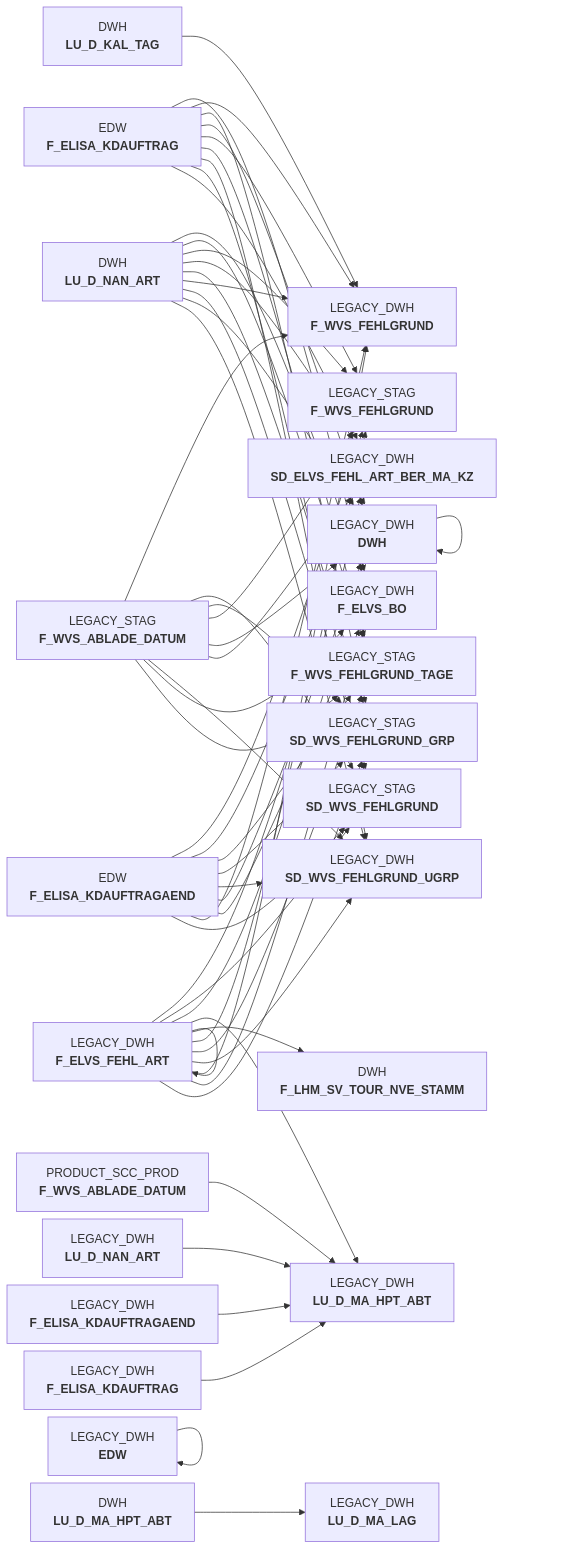
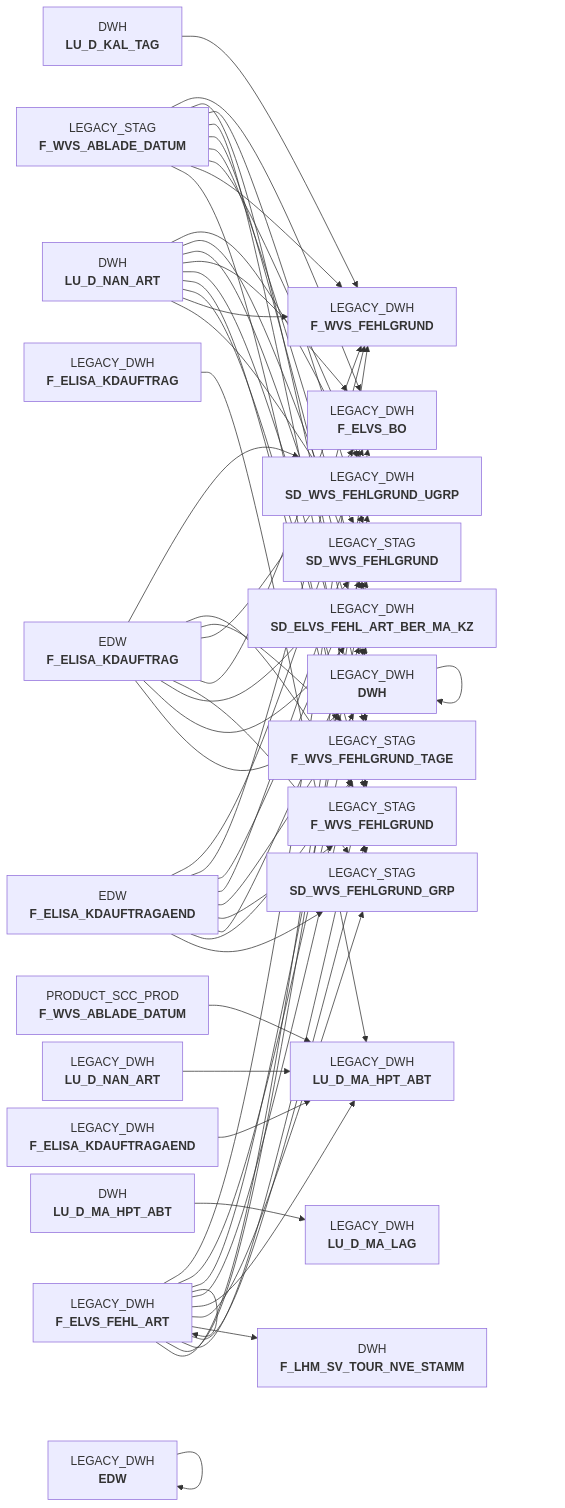
Before and after one commit to integration-factory-de/sas_code_docs: the diagram in docs/Applications/BDWH_SCCWVS/sccwvs_020_wvs_berechnen_elab.sas.md, drawn with Mermaid. The commit also changed other lines of this file and 129 other files, not shown here.

````diff
--- a/docs/Applications/BDWH_SCCWVS/sccwvs_020_wvs_berechnen_elab.sas.md
+++ b/docs/Applications/BDWH_SCCWVS/sccwvs_020_wvs_berechnen_elab.sas.md
@@ -11,6 +57,26 @@
 
 flowchart LR
 
+  LEGACY_STAG.F_WVS_ABLADE_DATUM["LEGACY_STAG<br/><b>F_WVS_ABLADE_DATUM</b>"] --> LEGACY_DWH.F_ELVS_BO["LEGACY_DWH<br/><b>F_ELVS_BO</b>"]
+  EDW.F_ELISA_KDAUFTRAGAEND["EDW<br/><b>F_ELISA_KDAUFTRAGAEND</b>"] --> LEGACY_DWH.F_ELVS_BO["LEGACY_DWH<br/><b>F_ELVS_BO</b>"]
+  EDW.F_ELISA_KDAUFTRAGAEND["EDW<br/><b>F_ELISA_KDAUFTRAGAEND</b>"] --> LEGACY_DWH.F_WVS_FEHLGRUND["LEGACY_DWH<br/><b>F_WVS_FEHLGRUND</b>"]
+  LEGACY_STAG.F_WVS_ABLADE_DATUM["LEGACY_STAG<br/><b>F_WVS_ABLADE_DATUM</b>"] --> LEGACY_STAG.F_WVS_FEHLGRUND_TAGE["LEGACY_STAG<br/><b>F_WVS_FEHLGRUND_TAGE</b>"]
+  EDW.F_ELISA_KDAUFTRAGAEND["EDW<br/><b>F_ELISA_KDAUFTRAGAEND</b>"] --> LEGACY_STAG.SD_WVS_FEHLGRUND["LEGACY_STAG<br/><b>SD_WVS_FEHLGRUND</b>"]
+  DWH.LU_D_NAN_ART["DWH<br/><b>LU_D_NAN_ART</b>"] --> LEGACY_DWH.SD_WVS_FEHLGRUND_UGRP["LEGACY_DWH<br/><b>SD_WVS_FEHLGRUND_UGRP</b>"]
+  LEGACY_DWH.F_ELISA_KDAUFTRAG["LEGACY_DWH<br/><b>F_ELISA_KDAUFTRAG</b>"] --> LEGACY_DWH.LU_D_MA_HPT_ABT["LEGACY_DWH<br/><b>LU_D_MA_HPT_ABT</b>"]
+  LEGACY_STAG.F_WVS_ABLADE_DATUM["LEGACY_STAG<br/><b>F_WVS_ABLADE_DATUM</b>"] --> LEGACY_STAG.SD_WVS_FEHLGRUND["LEGACY_STAG<br/><b>SD_WVS_FEHLGRUND</b>"]
+  EDW.F_ELISA_KDAUFTRAG["EDW<br/><b>F_ELISA_KDAUFTRAG</b>"] --> LEGACY_DWH.SD_WVS_FEHLGRUND_UGRP["LEGACY_DWH<br/><b>SD_WVS_FEHLGRUND_UGRP</b>"]
+  DWH.LU_D_MA_HPT_ABT["DWH<br/><b>LU_D_MA_HPT_ABT</b>"] --> LEGACY_DWH.LU_D_MA_LAG["LEGACY_DWH<br/><b>LU_D_MA_LAG</b>"]
+  LEGACY_DWH.DWH["LEGACY_DWH<br/><b>DWH</b>"] --> LEGACY_DWH.DWH["LEGACY_DWH<br/><b>DWH</b>"]
+  LEGACY_DWH.EDW["LEGACY_DWH<br/><b>EDW</b>"] --> LEGACY_DWH.EDW["LEGACY_DWH<br/><b>EDW</b>"]
+  EDW.F_ELISA_KDAUFTRAG["EDW<br/><b>F_ELISA_KDAUFTRAG</b>"] --> LEGACY_STAG.F_WVS_FEHLGRUND["LEGACY_STAG<br/><b>F_WVS_FEHLGRUND</b>"]
+  LEGACY_DWH.F_ELVS_FEHL_ART["LEGACY_DWH<br/><b>F_ELVS_FEHL_ART</b>"] --> LEGACY_DWH.F_WVS_FEHLGRUND["LEGACY_DWH<br/><b>F_WVS_FEHLGRUND</b>"]
+  EDW.F_ELISA_KDAUFTRAG["EDW<br/><b>F_ELISA_KDAUFTRAG</b>"] --> LEGACY_STAG.F_WVS_FEHLGRUND_TAGE["LEGACY_STAG<br/><b>F_WVS_FEHLGRUND_TAGE</b>"]
+  DWH.LU_D_NAN_ART["DWH<br/><b>LU_D_NAN_ART</b>"] --> LEGACY_DWH.SD_ELVS_FEHL_ART_BER_MA_KZ["LEGACY_DWH<br/><b>SD_ELVS_FEHL_ART_BER_MA_KZ</b>"]
+  PRODUCT_SCC_PROD.F_WVS_ABLADE_DATUM["PRODUCT_SCC_PROD<br/><b>F_WVS_ABLADE_DATUM</b>"] --> LEGACY_DWH.LU_D_MA_HPT_ABT["LEGACY_DWH<br/><b>LU_D_MA_HPT_ABT</b>"]
+  LEGACY_STAG.F_WVS_ABLADE_DATUM["LEGACY_STAG<br/><b>F_WVS_ABLADE_DATUM</b>"] --> LEGACY_STAG.F_WVS_FEHLGRUND["LEGACY_STAG<br/><b>F_WVS_FEHLGRUND</b>"]
+  DWH.LU_D_NAN_ART["DWH<br/><b>LU_D_NAN_ART</b>"] --> LEGACY_DWH.DWH["LEGACY_DWH<br/><b>DWH</b>"]
+  LEGACY_STAG.F_WVS_ABLADE_DATUM["LEGACY_STAG<br/><b>F_WVS_ABLADE_DATUM</b>"] --> LEGACY_DWH.DWH["LEGACY_DWH<br/><b>DWH</b>"]
   DWH.LU_D_NAN_ART["DWH<br/><b>LU_D_NAN_ART</b>"] --> LEGACY_DWH.F_ELVS_BO["LEGACY_DWH<br/><b>F_ELVS_BO</b>"]
   EDW.F_ELISA_KDAUFTRAG["EDW<br/><b>F_ELISA_KDAUFTRAG</b>"] --> LEGACY_DWH.F_ELVS_BO["LEGACY_DWH<br/><b>F_ELVS_BO</b>"]
   EDW.F_ELISA_KDAUFTRAG["EDW<br/><b>F_ELISA_KDAUFTRAG</b>"] --> LEGACY_DWH.F_WVS_FEHLGRUND["LEGACY_DWH<br/><b>F_WVS_FEHLGRUND</b>"]
@@ -20,6 +86,16 @@
   LEGACY_DWH.F_ELVS_FEHL_ART["LEGACY_DWH<br/><b>F_ELVS_FEHL_ART</b>"] --> LEGACY_STAG.SD_WVS_FEHLGRUND["LEGACY_STAG<br/><b>SD_WVS_FEHLGRUND</b>"]
   LEGACY_DWH.F_ELVS_FEHL_ART["LEGACY_DWH<br/><b>F_ELVS_FEHL_ART</b>"] --> LEGACY_DWH.DWH["LEGACY_DWH<br/><b>DWH</b>"]
   LEGACY_DWH.F_ELVS_FEHL_ART["LEGACY_DWH<br/><b>F_ELVS_FEHL_ART</b>"] --> LEGACY_DWH.LU_D_MA_HPT_ABT["LEGACY_DWH<br/><b>LU_D_MA_HPT_ABT</b>"]
+  DWH.LU_D_NAN_ART["DWH<br/><b>LU_D_NAN_ART</b>"] --> LEGACY_STAG.SD_WVS_FEHLGRUND_GRP["LEGACY_STAG<br/><b>SD_WVS_FEHLGRUND_GRP</b>"]
+  EDW.F_ELISA_KDAUFTRAG["EDW<br/><b>F_ELISA_KDAUFTRAG</b>"] --> LEGACY_STAG.SD_WVS_FEHLGRUND["LEGACY_STAG<br/><b>SD_WVS_FEHLGRUND</b>"]
+  LEGACY_DWH.LU_D_NAN_ART["LEGACY_DWH<br/><b>LU_D_NAN_ART</b>"] --> LEGACY_DWH.LU_D_MA_HPT_ABT["LEGACY_DWH<br/><b>LU_D_MA_HPT_ABT</b>"]
+  LEGACY_STAG.F_WVS_ABLADE_DATUM["LEGACY_STAG<br/><b>F_WVS_ABLADE_DATUM</b>"] --> LEGACY_DWH.SD_ELVS_FEHL_ART_BER_MA_KZ["LEGACY_DWH<br/><b>SD_ELVS_FEHL_ART_BER_MA_KZ</b>"]
+  EDW.F_ELISA_KDAUFTRAG["EDW<br/><b>F_ELISA_KDAUFTRAG</b>"] --> LEGACY_DWH.SD_ELVS_FEHL_ART_BER_MA_KZ["LEGACY_DWH<br/><b>SD_ELVS_FEHL_ART_BER_MA_KZ</b>"]
+  LEGACY_DWH.F_ELVS_FEHL_ART["LEGACY_DWH<br/><b>F_ELVS_FEHL_ART</b>"] --> LEGACY_STAG.SD_WVS_FEHLGRUND_GRP["LEGACY_STAG<br/><b>SD_WVS_FEHLGRUND_GRP</b>"]
+  DWH.LU_D_KAL_TAG["DWH<br/><b>LU_D_KAL_TAG</b>"] --> LEGACY_DWH.F_WVS_FEHLGRUND["LEGACY_DWH<br/><b>F_WVS_FEHLGRUND</b>"]
+  LEGACY_STAG.F_WVS_ABLADE_DATUM["LEGACY_STAG<br/><b>F_WVS_ABLADE_DATUM</b>"] --> LEGACY_DWH.SD_WVS_FEHLGRUND_UGRP["LEGACY_DWH<br/><b>SD_WVS_FEHLGRUND_UGRP</b>"]
+  EDW.F_ELISA_KDAUFTRAGAEND["EDW<br/><b>F_ELISA_KDAUFTRAGAEND</b>"] --> LEGACY_DWH.SD_WVS_FEHLGRUND_UGRP["LEGACY_DWH<br/><b>SD_WVS_FEHLGRUND_UGRP</b>"]
+  EDW.F_ELISA_KDAUFTRAGAEND["EDW<br/><b>F_ELISA_KDAUFTRAGAEND</b>"] --> LEGACY_DWH.DWH["LEGACY_DWH<br/><b>DWH</b>"]
   LEGACY_DWH.F_ELVS_FEHL_ART["LEGACY_DWH<br/><b>F_ELVS_FEHL_ART</b>"] --> DWH.F_LHM_SV_TOUR_NVE_STAMM["DWH<br/><b>F_LHM_SV_TOUR_NVE_STAMM</b>"]
   LEGACY_DWH.F_ELVS_FEHL_ART["LEGACY_DWH<br/><b>F_ELVS_FEHL_ART</b>"] --> LEGACY_STAG.F_WVS_FEHLGRUND["LEGACY_STAG<br/><b>F_WVS_FEHLGRUND</b>"]
   DWH.LU_D_NAN_ART["DWH<br/><b>LU_D_NAN_ART</b>"] --> LEGACY_STAG.F_WVS_FEHLGRUND["LEGACY_STAG<br/><b>F_WVS_FEHLGRUND</b>"]
@@ -29,19 +105,6 @@
   EDW.F_ELISA_KDAUFTRAGAEND["EDW<br/><b>F_ELISA_KDAUFTRAGAEND</b>"] --> LEGACY_DWH.SD_ELVS_FEHL_ART_BER_MA_KZ["LEGACY_DWH<br/><b>SD_ELVS_FEHL_ART_BER_MA_KZ</b>"]
   LEGACY_DWH.F_ELVS_FEHL_ART["LEGACY_DWH<br/><b>F_ELVS_FEHL_ART</b>"] --> LEGACY_DWH.SD_WVS_FEHLGRUND_UGRP["LEGACY_DWH<br/><b>SD_WVS_FEHLGRUND_UGRP</b>"]
   EDW.F_ELISA_KDAUFTRAG["EDW<br/><b>F_ELISA_KDAUFTRAG</b>"] --> LEGACY_DWH.DWH["LEGACY_DWH<br/><b>DWH</b>"]
-  DWH.LU_D_MA_HPT_ABT["DWH<br/><b>LU_D_MA_HPT_ABT</b>"] --> LEGACY_DWH.LU_D_MA_LAG["LEGACY_DWH<br/><b>LU_D_MA_LAG</b>"]
-  LEGACY_DWH.DWH["LEGACY_DWH<br/><b>DWH</b>"] --> LEGACY_DWH.DWH["LEGACY_DWH<br/><b>DWH</b>"]
-  LEGACY_DWH.EDW["LEGACY_DWH<br/><b>EDW</b>"] --> LEGACY_DWH.EDW["LEGACY_DWH<br/><b>EDW</b>"]
-  EDW.F_ELISA_KDAUFTRAG["EDW<br/><b>F_ELISA_KDAUFTRAG</b>"] --> LEGACY_STAG.F_WVS_FEHLGRUND["LEGACY_STAG<br/><b>F_WVS_FEHLGRUND</b>"]
-  LEGACY_DWH.F_ELVS_FEHL_ART["LEGACY_DWH<br/><b>F_ELVS_FEHL_ART</b>"] --> LEGACY_DWH.F_WVS_FEHLGRUND["LEGACY_DWH<br/><b>F_WVS_FEHLGRUND</b>"]
-  EDW.F_ELISA_KDAUFTRAG["EDW<br/><b>F_ELISA_KDAUFTRAG</b>"] --> LEGACY_STAG.F_WVS_FEHLGRUND_TAGE["LEGACY_STAG<br/><b>F_WVS_FEHLGRUND_TAGE</b>"]
-  DWH.LU_D_NAN_ART["DWH<br/><b>LU_D_NAN_ART</b>"] --> LEGACY_DWH.SD_ELVS_FEHL_ART_BER_MA_KZ["LEGACY_DWH<br/><b>SD_ELVS_FEHL_ART_BER_MA_KZ</b>"]
-  LEGACY_STAG.F_WVS_ABLADE_DATUM["LEGACY_STAG<br/><b>F_WVS_ABLADE_DATUM</b>"] --> LEGACY_STAG.SD_WVS_FEHLGRUND["LEGACY_STAG<br/><b>SD_WVS_FEHLGRUND</b>"]
-  EDW.F_ELISA_KDAUFTRAG["EDW<br/><b>F_ELISA_KDAUFTRAG</b>"] --> LEGACY_DWH.SD_WVS_FEHLGRUND_UGRP["LEGACY_DWH<br/><b>SD_WVS_FEHLGRUND_UGRP</b>"]
-  PRODUCT_SCC_PROD.F_WVS_ABLADE_DATUM["PRODUCT_SCC_PROD<br/><b>F_WVS_ABLADE_DATUM</b>"] --> LEGACY_DWH.LU_D_MA_HPT_ABT["LEGACY_DWH<br/><b>LU_D_MA_HPT_ABT</b>"]
-  DWH.LU_D_NAN_ART["DWH<br/><b>LU_D_NAN_ART</b>"] --> LEGACY_STAG.SD_WVS_FEHLGRUND_GRP["LEGACY_STAG<br/><b>SD_WVS_FEHLGRUND_GRP</b>"]
-  EDW.F_ELISA_KDAUFTRAG["EDW<br/><b>F_ELISA_KDAUFTRAG</b>"] --> LEGACY_STAG.SD_WVS_FEHLGRUND["LEGACY_STAG<br/><b>SD_WVS_FEHLGRUND</b>"]
-  LEGACY_DWH.LU_D_NAN_ART["LEGACY_DWH<br/><b>LU_D_NAN_ART</b>"] --> LEGACY_DWH.LU_D_MA_HPT_ABT["LEGACY_DWH<br/><b>LU_D_MA_HPT_ABT</b>"]
   LEGACY_DWH.F_ELISA_KDAUFTRAGAEND["LEGACY_DWH<br/><b>F_ELISA_KDAUFTRAGAEND</b>"] --> LEGACY_DWH.LU_D_MA_HPT_ABT["LEGACY_DWH<br/><b>LU_D_MA_HPT_ABT</b>"]
   LEGACY_DWH.F_ELVS_FEHL_ART["LEGACY_DWH<br/><b>F_ELVS_FEHL_ART</b>"] --> LEGACY_DWH.F_ELVS_BO["LEGACY_DWH<br/><b>F_ELVS_BO</b>"]
   DWH.LU_D_NAN_ART["DWH<br/><b>LU_D_NAN_ART</b>"] --> LEGACY_DWH.F_WVS_FEHLGRUND["LEGACY_DWH<br/><b>F_WVS_FEHLGRUND</b>"]
@@ -50,48 +113,31 @@
   EDW.F_ELISA_KDAUFTRAGAEND["EDW<br/><b>F_ELISA_KDAUFTRAGAEND</b>"] --> LEGACY_STAG.SD_WVS_FEHLGRUND_GRP["LEGACY_STAG<br/><b>SD_WVS_FEHLGRUND_GRP</b>"]
   DWH.LU_D_NAN_ART["DWH<br/><b>LU_D_NAN_ART</b>"] --> LEGACY_STAG.SD_WVS_FEHLGRUND["LEGACY_STAG<br/><b>SD_WVS_FEHLGRUND</b>"]
   LEGACY_DWH.F_ELVS_FEHL_ART["LEGACY_DWH<br/><b>F_ELVS_FEHL_ART</b>"] --> LEGACY_DWH.F_ELVS_FEHL_ART["LEGACY_DWH<br/><b>F_ELVS_FEHL_ART</b>"]
-  LEGACY_STAG.F_WVS_ABLADE_DATUM["LEGACY_STAG<br/><b>F_WVS_ABLADE_DATUM</b>"] --> LEGACY_STAG.F_WVS_FEHLGRUND["LEGACY_STAG<br/><b>F_WVS_FEHLGRUND</b>"]
-  DWH.LU_D_NAN_ART["DWH<br/><b>LU_D_NAN_ART</b>"] --> LEGACY_DWH.DWH["LEGACY_DWH<br/><b>DWH</b>"]
-  LEGACY_STAG.F_WVS_ABLADE_DATUM["LEGACY_STAG<br/><b>F_WVS_ABLADE_DATUM</b>"] --> LEGACY_DWH.DWH["LEGACY_DWH<br/><b>DWH</b>"]
-  LEGACY_STAG.F_WVS_ABLADE_DATUM["LEGACY_STAG<br/><b>F_WVS_ABLADE_DATUM</b>"] --> LEGACY_DWH.SD_ELVS_FEHL_ART_BER_MA_KZ["LEGACY_DWH<br/><b>SD_ELVS_FEHL_ART_BER_MA_KZ</b>"]
-  EDW.F_ELISA_KDAUFTRAG["EDW<br/><b>F_ELISA_KDAUFTRAG</b>"] --> LEGACY_DWH.SD_ELVS_FEHL_ART_BER_MA_KZ["LEGACY_DWH<br/><b>SD_ELVS_FEHL_ART_BER_MA_KZ</b>"]
-  LEGACY_DWH.F_ELVS_FEHL_ART["LEGACY_DWH<br/><b>F_ELVS_FEHL_ART</b>"] --> LEGACY_STAG.SD_WVS_FEHLGRUND_GRP["LEGACY_STAG<br/><b>SD_WVS_FEHLGRUND_GRP</b>"]
-  DWH.LU_D_KAL_TAG["DWH<br/><b>LU_D_KAL_TAG</b>"] --> LEGACY_DWH.F_WVS_FEHLGRUND["LEGACY_DWH<br/><b>F_WVS_FEHLGRUND</b>"]
-  LEGACY_STAG.F_WVS_ABLADE_DATUM["LEGACY_STAG<br/><b>F_WVS_ABLADE_DATUM</b>"] --> LEGACY_DWH.SD_WVS_FEHLGRUND_UGRP["LEGACY_DWH<br/><b>SD_WVS_FEHLGRUND_UGRP</b>"]
-  EDW.F_ELISA_KDAUFTRAGAEND["EDW<br/><b>F_ELISA_KDAUFTRAGAEND</b>"] --> LEGACY_DWH.SD_WVS_FEHLGRUND_UGRP["LEGACY_DWH<br/><b>SD_WVS_FEHLGRUND_UGRP</b>"]
-  EDW.F_ELISA_KDAUFTRAGAEND["EDW<br/><b>F_ELISA_KDAUFTRAGAEND</b>"] --> LEGACY_DWH.DWH["LEGACY_DWH<br/><b>DWH</b>"]
-  LEGACY_STAG.F_WVS_ABLADE_DATUM["LEGACY_STAG<br/><b>F_WVS_ABLADE_DATUM</b>"] --> LEGACY_DWH.F_ELVS_BO["LEGACY_DWH<br/><b>F_ELVS_BO</b>"]
-  EDW.F_ELISA_KDAUFTRAGAEND["EDW<br/><b>F_ELISA_KDAUFTRAGAEND</b>"] --> LEGACY_DWH.F_ELVS_BO["LEGACY_DWH<br/><b>F_ELVS_BO</b>"]
-  EDW.F_ELISA_KDAUFTRAGAEND["EDW<br/><b>F_ELISA_KDAUFTRAGAEND</b>"] --> LEGACY_DWH.F_WVS_FEHLGRUND["LEGACY_DWH<br/><b>F_WVS_FEHLGRUND</b>"]
-  LEGACY_STAG.F_WVS_ABLADE_DATUM["LEGACY_STAG<br/><b>F_WVS_ABLADE_DATUM</b>"] --> LEGACY_STAG.F_WVS_FEHLGRUND_TAGE["LEGACY_STAG<br/><b>F_WVS_FEHLGRUND_TAGE</b>"]
-  EDW.F_ELISA_KDAUFTRAGAEND["EDW<br/><b>F_ELISA_KDAUFTRAGAEND</b>"] --> LEGACY_STAG.SD_WVS_FEHLGRUND["LEGACY_STAG<br/><b>SD_WVS_FEHLGRUND</b>"]
-  DWH.LU_D_NAN_ART["DWH<br/><b>LU_D_NAN_ART</b>"] --> LEGACY_DWH.SD_WVS_FEHLGRUND_UGRP["LEGACY_DWH<br/><b>SD_WVS_FEHLGRUND_UGRP</b>"]
-  LEGACY_DWH.F_ELISA_KDAUFTRAG["LEGACY_DWH<br/><b>F_ELISA_KDAUFTRAG</b>"] --> LEGACY_DWH.LU_D_MA_HPT_ABT["LEGACY_DWH<br/><b>LU_D_MA_HPT_ABT</b>"]
+  click LEGACY_STAG.F_WVS_ABLADE_DATUM "../../tables/LEGACY_STAG/F_WVS_ABLADE_DATUM"
+  click EDW.F_ELISA_KDAUFTRAGAEND "../../tables/EDW/F_ELISA_KDAUFTRAGAEND"
   click DWH.LU_D_NAN_ART "../../tables/DWH/LU_D_NAN_ART"
+  click LEGACY_DWH.F_ELISA_KDAUFTRAG "../../tables/LEGACY_DWH/F_ELISA_KDAUFTRAG"
   click EDW.F_ELISA_KDAUFTRAG "../../tables/EDW/F_ELISA_KDAUFTRAG"
-  click LEGACY_DWH.F_ELVS_FEHL_ART "../../tables/LEGACY_DWH/F_ELVS_FEHL_ART"
-  click EDW.F_ELISA_KDAUFTRAGAEND "../../tables/EDW/F_ELISA_KDAUFTRAGAEND"
-  click LEGACY_STAG.F_WVS_ABLADE_DATUM "../../tables/LEGACY_STAG/F_WVS_ABLADE_DATUM"
   click DWH.LU_D_MA_HPT_ABT "../../tables/DWH/LU_D_MA_HPT_ABT"
   click LEGACY_DWH.DWH "../../tables/LEGACY_DWH/DWH"
   click LEGACY_DWH.EDW "../../tables/LEGACY_DWH/EDW"
+  click LEGACY_DWH.F_ELVS_FEHL_ART "../../tables/LEGACY_DWH/F_ELVS_FEHL_ART"
   click PRODUCT_SCC_PROD.F_WVS_ABLADE_DATUM "../../tables/PRODUCT_SCC_PROD/F_WVS_ABLADE_DATUM"
   click LEGACY_DWH.LU_D_NAN_ART "../../tables/LEGACY_DWH/LU_D_NAN_ART"
+  click DWH.LU_D_KAL_TAG "../../tables/DWH/LU_D_KAL_TAG"
   click LEGACY_DWH.F_ELISA_KDAUFTRAGAEND "../../tables/LEGACY_DWH/F_ELISA_KDAUFTRAGAEND"
-  click DWH.LU_D_KAL_TAG "../../tables/DWH/LU_D_KAL_TAG"
-  click LEGACY_DWH.F_ELISA_KDAUFTRAG "../../tables/LEGACY_DWH/F_ELISA_KDAUFTRAG"
   click LEGACY_DWH.F_ELVS_BO "../../tables/LEGACY_DWH/F_ELVS_BO"
   click LEGACY_DWH.F_WVS_FEHLGRUND "../../tables/LEGACY_DWH/F_WVS_FEHLGRUND"
   click LEGACY_STAG.F_WVS_FEHLGRUND_TAGE "../../tables/LEGACY_STAG/F_WVS_FEHLGRUND_TAGE"
+  click LEGACY_STAG.SD_WVS_FEHLGRUND "../../tables/LEGACY_STAG/SD_WVS_FEHLGRUND"
+  click LEGACY_DWH.SD_WVS_FEHLGRUND_UGRP "../../tables/LEGACY_DWH/SD_WVS_FEHLGRUND_UGRP"
+  click LEGACY_DWH.LU_D_MA_HPT_ABT "../../tables/LEGACY_DWH/LU_D_MA_HPT_ABT"
+  click LEGACY_DWH.LU_D_MA_LAG "../../tables/LEGACY_DWH/LU_D_MA_LAG"
+  click LEGACY_DWH.DWH "../../tables/LEGACY_DWH/DWH"
+  click LEGACY_DWH.EDW "../../tables/LEGACY_DWH/EDW"
+  click LEGACY_STAG.F_WVS_FEHLGRUND "../../tables/LEGACY_STAG/F_WVS_FEHLGRUND"
   click LEGACY_DWH.SD_ELVS_FEHL_ART_BER_MA_KZ "../../tables/LEGACY_DWH/SD_ELVS_FEHL_ART_BER_MA_KZ"
   click LEGACY_STAG.SD_WVS_FEHLGRUND_GRP "../../tables/LEGACY_STAG/SD_WVS_FEHLGRUND_GRP"
-  click LEGACY_STAG.SD_WVS_FEHLGRUND "../../tables/LEGACY_STAG/SD_WVS_FEHLGRUND"
-  click LEGACY_DWH.DWH "../../tables/LEGACY_DWH/DWH"
-  click LEGACY_DWH.LU_D_MA_HPT_ABT "../../tables/LEGACY_DWH/LU_D_MA_HPT_ABT"
   click DWH.F_LHM_SV_TOUR_NVE_STAMM "../../tables/DWH/F_LHM_SV_TOUR_NVE_STAMM"
-  click LEGACY_STAG.F_WVS_FEHLGRUND "../../tables/LEGACY_STAG/F_WVS_FEHLGRUND"
-  click LEGACY_DWH.SD_WVS_FEHLGRUND_UGRP "../../tables/LEGACY_DWH/SD_WVS_FEHLGRUND_UGRP"
-  click LEGACY_DWH.LU_D_MA_LAG "../../tables/LEGACY_DWH/LU_D_MA_LAG"
-  click LEGACY_DWH.EDW "../../tables/LEGACY_DWH/EDW"
   click LEGACY_DWH.F_ELVS_FEHL_ART "../../tables/LEGACY_DWH/F_ELVS_FEHL_ART"
 ```
````
